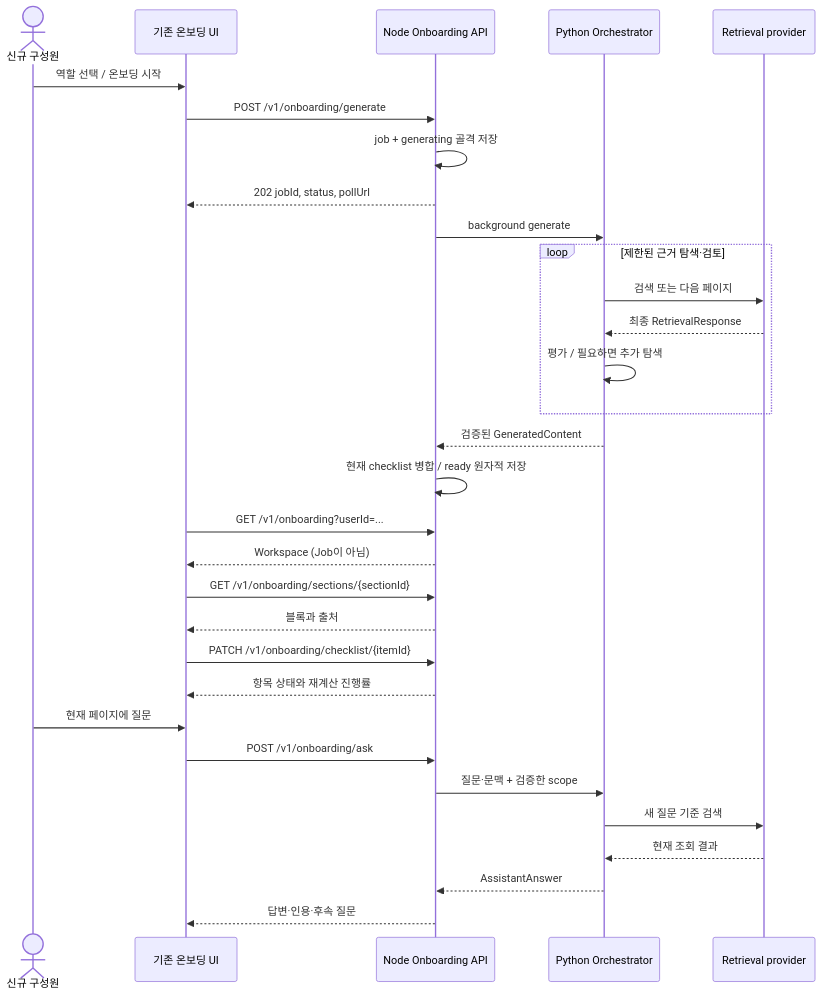
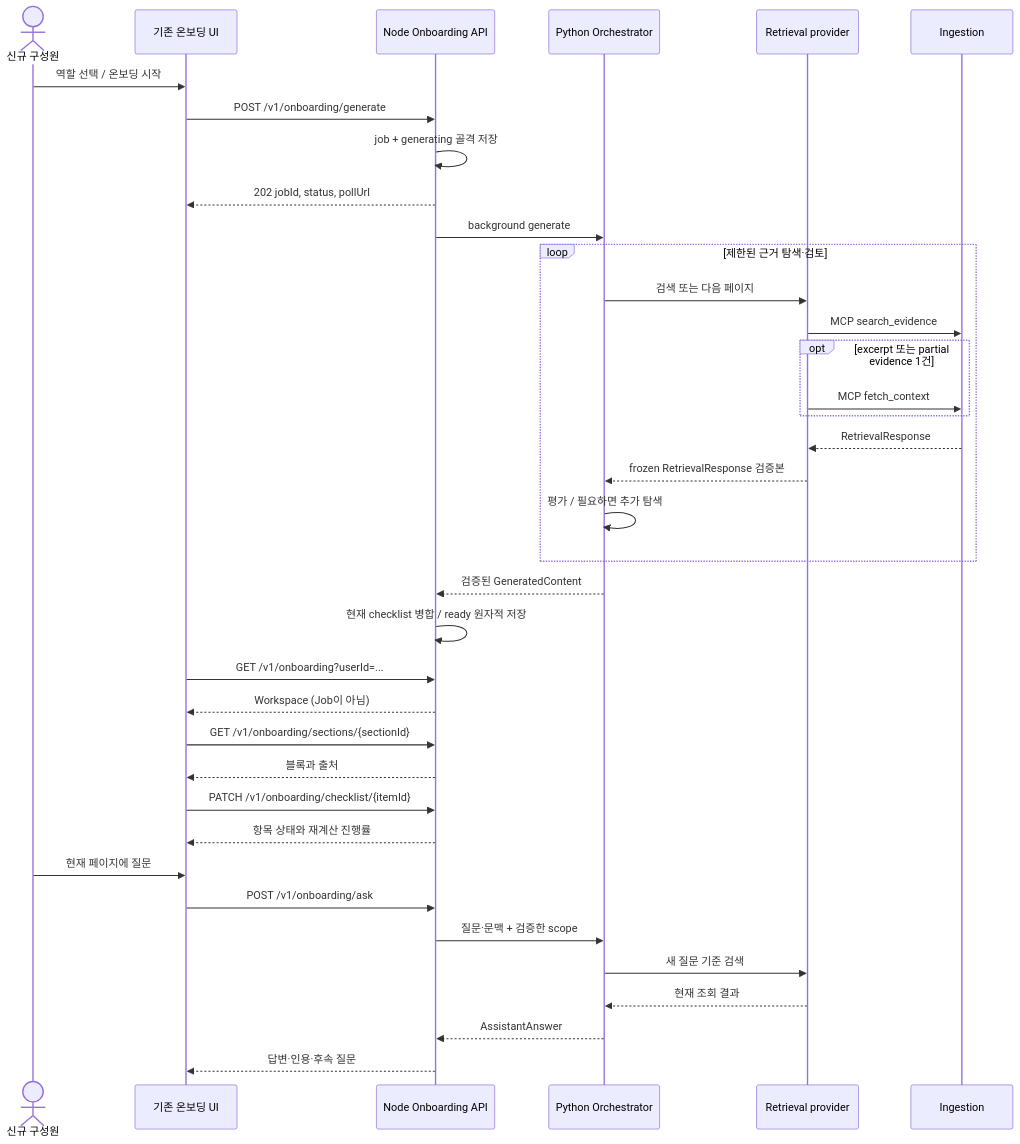
One commit to jiy8ni/NVIDIA-AI-Hackathon changed the third of 3 diagrams in docs/architecture.md. Above: the diagram before and after it, drawn with Mermaid. The commit also changed other lines of this file and 14 other files, not shown here.

Commit message:
feat: connect orchestrator to retrieval MCP

````diff
--- a/docs/architecture.md
+++ b/docs/architecture.md
@@ -53,33 +53,38 @@
 ```mermaid
 sequenceDiagram
   actor U as 신규 구성원
   participant FE as 기존 온보딩 UI
   participant API as Node Onboarding API
   participant O as Python Orchestrator
   participant R as Retrieval provider
   U->>FE: 역할 선택 / 온보딩 시작
   FE->>API: POST /v1/onboarding/generate
   API->>API: job + generating 골격 저장
   API-->>FE: 202 jobId, status, pollUrl
   API->>O: background generate
   loop 제한된 근거 탐색·검토
-    O->>R: 검색 또는 다음 페이지
-    R-->>O: 최종 RetrievalResponse
+  O->>R: 검색 또는 다음 페이지
+    R->>Ingestion: MCP search_evidence
+    opt excerpt 또는 partial evidence 1건
+      R->>Ingestion: MCP fetch_context
+    end
+    Ingestion-->>R: RetrievalResponse
+    R-->>O: frozen RetrievalResponse 검증본
     O->>O: 평가 / 필요하면 추가 탐색
   end
   O-->>API: 검증된 GeneratedContent
   API->>API: 현재 checklist 병합 / ready 원자적 저장
   FE->>API: GET /v1/onboarding?userId=...
   API-->>FE: Workspace (Job이 아님)
   FE->>API: GET /v1/onboarding/sections/{sectionId}
   API-->>FE: 블록과 출처
   FE->>API: PATCH /v1/onboarding/checklist/{itemId}
   API-->>FE: 항목 상태와 재계산 진행률
   U->>FE: 현재 페이지에 질문
   FE->>API: POST /v1/onboarding/ask
   API->>O: 질문·문맥 + 검증한 scope
   O->>R: 새 질문 기준 검색
   R-->>O: 현재 조회 결과
   O-->>API: AssistantAnswer
   API-->>FE: 답변·인용·후속 질문
 ```
````
